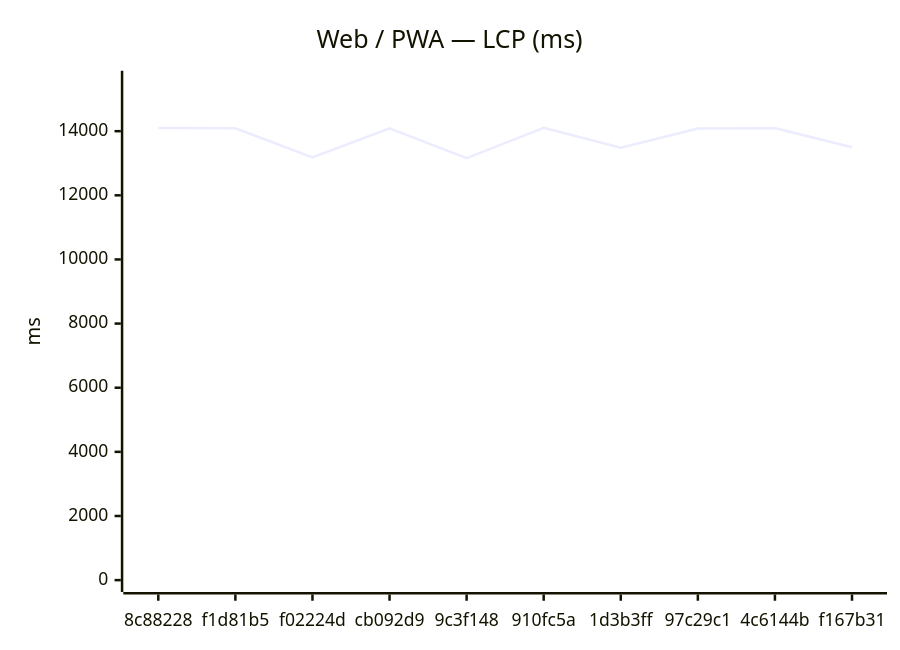
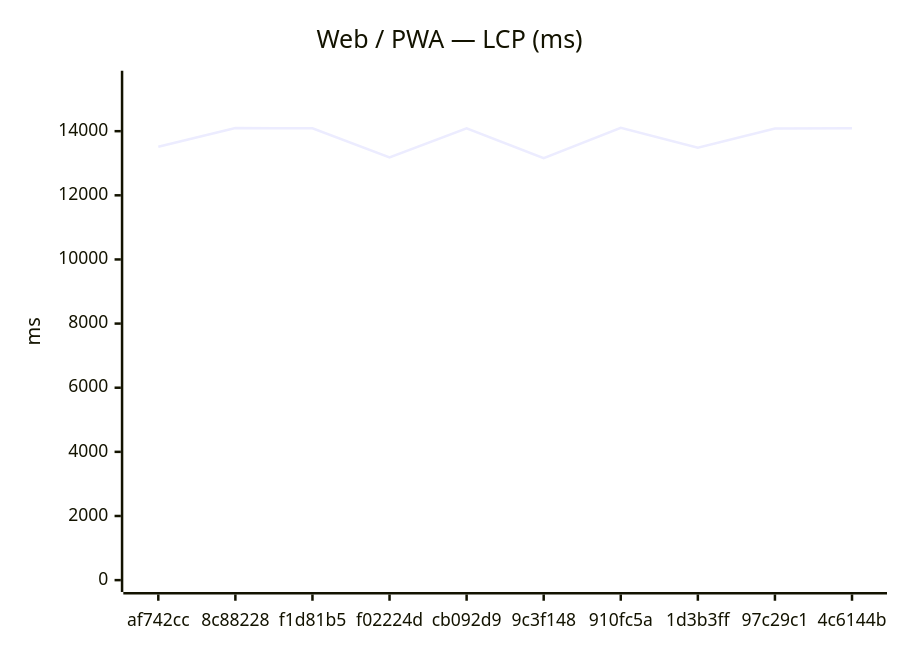
One commit to Metaheurist/Rianell changed the first of 18 diagrams in benchmarks/compare.md. Above: the diagram before and after it, drawn with Mermaid. The commit also changed other lines of this file and 12 other files, not shown here.

````diff
--- a/benchmarks/compare.md
+++ b/benchmarks/compare.md
@@ -24,7 +24,7 @@
 ```mermaid
 xychart-beta
     title "Web / PWA — LCP (ms)"
-    x-axis ["8c88228", "f1d81b5", "f02224d", "cb092d9", "9c3f148", "910fc5a", "1d3b3ff", "97c29c1", "4c6144b", "f167b31"]
+    x-axis ["af742cc", "8c88228", "f1d81b5", "f02224d", "cb092d9", "9c3f148", "910fc5a", "1d3b3ff", "97c29c1", "4c6144b"]
     y-axis "ms" 0 --> 15514
-    line [14099, 14091, 13178, 14089, 13157, 14103, 13484, 14084, 14094, 13501]
+    line [13514, 14099, 14091, 13178, 14089, 13157, 14103, 13484, 14084, 14094]
 ```
````
